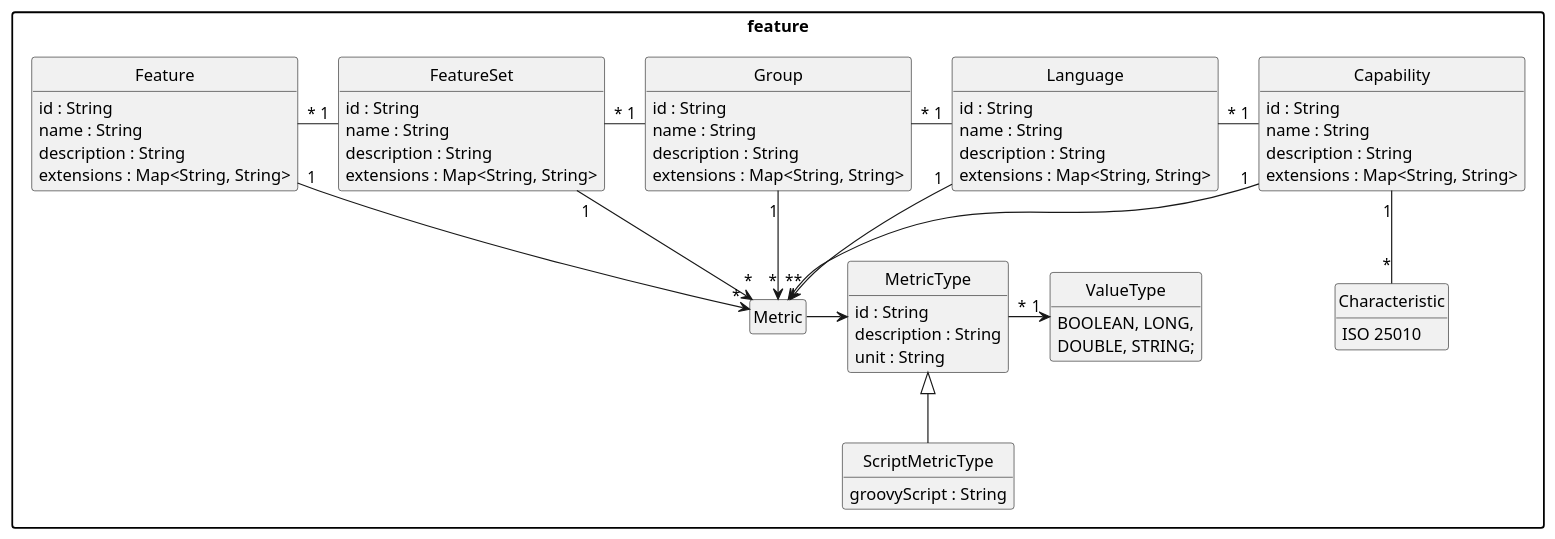
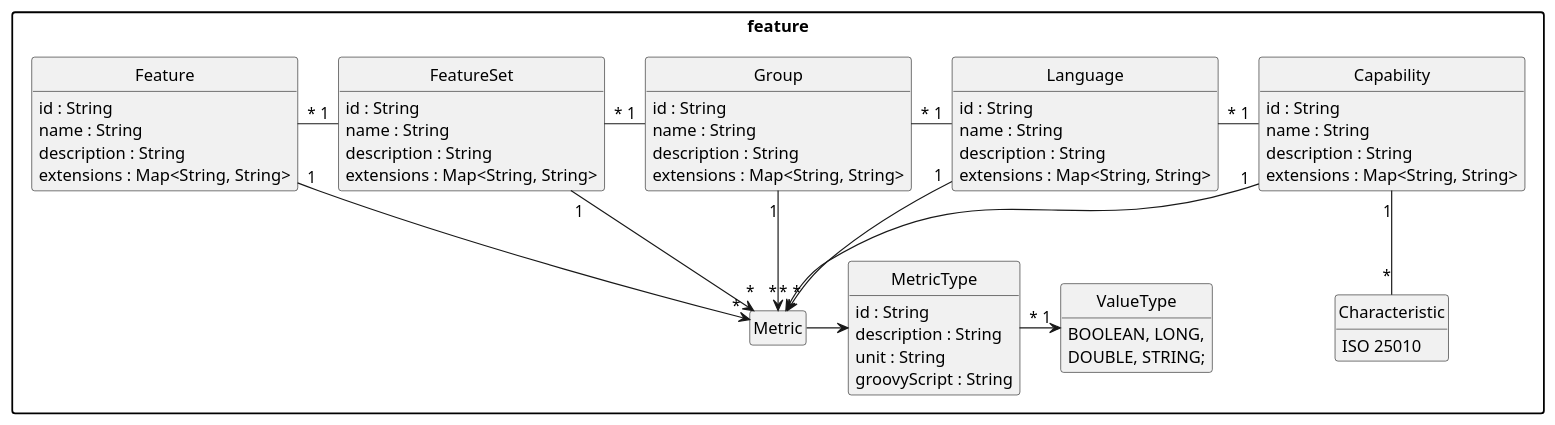
The diagram in pebl/doc/benchmark-feature.puml (uniba-dsg/betsy), drawn with PlantUML before and after one commit. The commit also changed 13 other files, not shown here.

```diff
--- a/pebl/doc/benchmark-feature.puml
+++ b/pebl/doc/benchmark-feature.puml
@@ -1,85 +1,82 @@
 @startuml
 package "feature" {
 
 	enum ValueType {
       BOOLEAN, LONG,
       DOUBLE, STRING;
 	}
 
-	class ScriptMetricType extends MetricType {
-	  groovyScript : String
-	}
-
 	class Metric
 
 	class MetricType {
 	  id : String
 	  description : String
 	  unit : String
+	  groovyScript : String
 	}
 
 	enum Characteristic {
 		ISO 25010
 	}
 
 	class Capability {
 	  id : String
 	  name : String
 	  description : String
 	  extensions : Map<String, String>
 	}
 
 	class Language {
 	  id : String
 	  name : String
 	  description : String
 	  extensions : Map<String, String>
 	}
 
 	class Group {
 	  id : String
 	  name : String
 	  description : String
 	  extensions : Map<String, String>
 	}
 
 	class FeatureSet {
 	  id : String
 	  name : String
 	  description : String
 	  extensions : Map<String, String>
 	}
 
 	class Feature {
 	  id : String
 	  name : String
 	  description : String
 	  extensions : Map<String, String>
 	}
 
 }
 
 Capability "1" -down- "*" Characteristic
 
 Feature "*" -right- "1" FeatureSet
 FeatureSet "*" -right- "1" Group
 Group "*" -right- "1" Language
 Language "*" -right- "1" Capability
 
 MetricType "*" -right-> "1" ValueType
 Metric -> MetricType
 
 Capability "1" --> "*" Metric
 Language "1" --> "*" Metric
 Group "1" --> "*" Metric
 FeatureSet "1" --> "*" Metric
 Feature "1" --> "*" Metric
 
 hide empty members
 hide empty methods
 hide circle
 
 skinparam monochrome true
 skinparam shadowing false
 skinparam packageStyle rect
 @enduml
```
